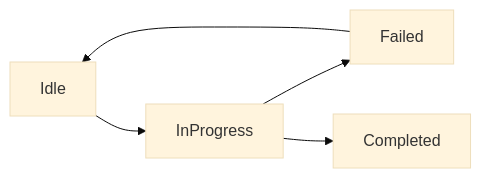
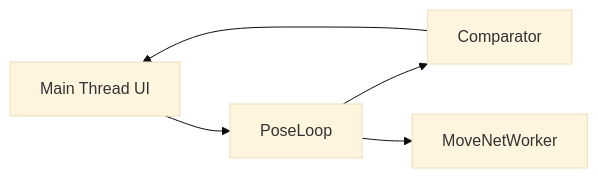
The second of 3 diagrams in ARCHITECTURE.md (egxn/kinkagami), drawn with Mermaid (base theme) before and after one commit. The commit also changed other lines of this file and 77 other files, not shown here.

````diff
--- a/ARCHITECTURE.md
+++ b/ARCHITECTURE.md
@@ -126,7 +42,7 @@
 ```mermaid
 graph LR
-  Idle --> InProgress
-  InProgress --> Failed
-  InProgress --> Completed
-  Failed --> Idle
+  UI[Main Thread UI] --> PoseLoop
+  PoseLoop --> Comparator
+  Comparator --> UI
+  PoseLoop --> MoveNetWorker
 ```
````
